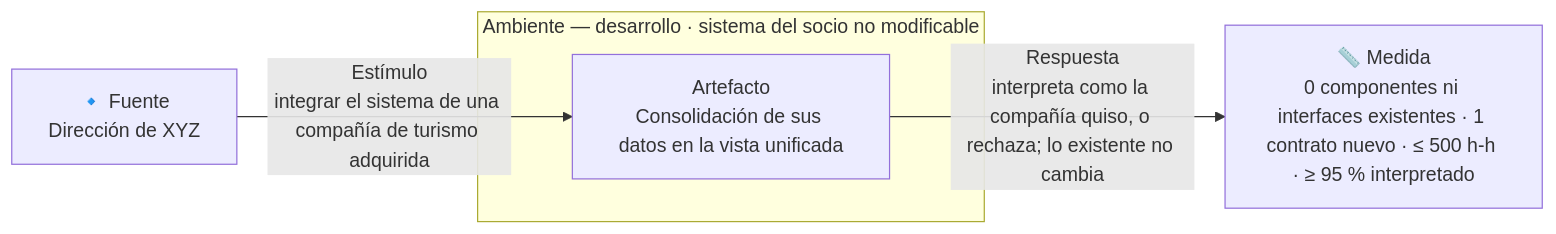
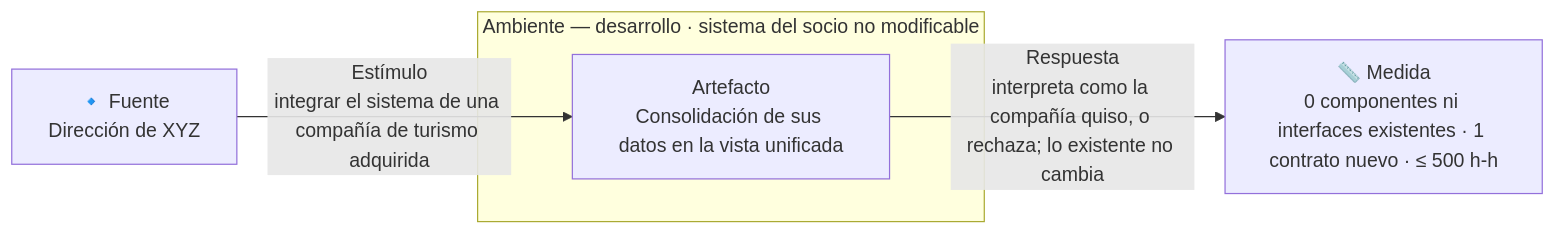
The first of 4 diagrams in docs/quality-attributes.md (MATI-MBIT/arqsoft-reto-3), drawn with Mermaid before and after one commit. The commit also changed other lines of this file and 2 other files, not shown here.

````diff
--- a/docs/quality-attributes.md
+++ b/docs/quality-attributes.md
@@ -62,9 +60,9 @@
 ```mermaid
 flowchart LR
     F["🔹 Fuente<br/>Dirección de XYZ"]
     F -- "Estímulo<br/>integrar el sistema de una compañía de turismo adquirida" --> A
     subgraph AMB["Ambiente — desarrollo · sistema del socio no modificable"]
         A["Artefacto<br/>Consolidación de sus datos en la vista unificada"]
     end
-    A -- "Respuesta<br/>interpreta como la compañía quiso, o rechaza; lo existente no cambia" --> M["📏 Medida<br/>0 componentes ni interfaces existentes · 1 contrato nuevo · ≤ 500 h-h · ≥ 95 % interpretado"]
+    A -- "Respuesta<br/>interpreta como la compañía quiso, o rechaza; lo existente no cambia" --> M["📏 Medida<br/>0 componentes ni interfaces existentes · 1 contrato nuevo · ≤ 500 h-h"]
 ```
````
